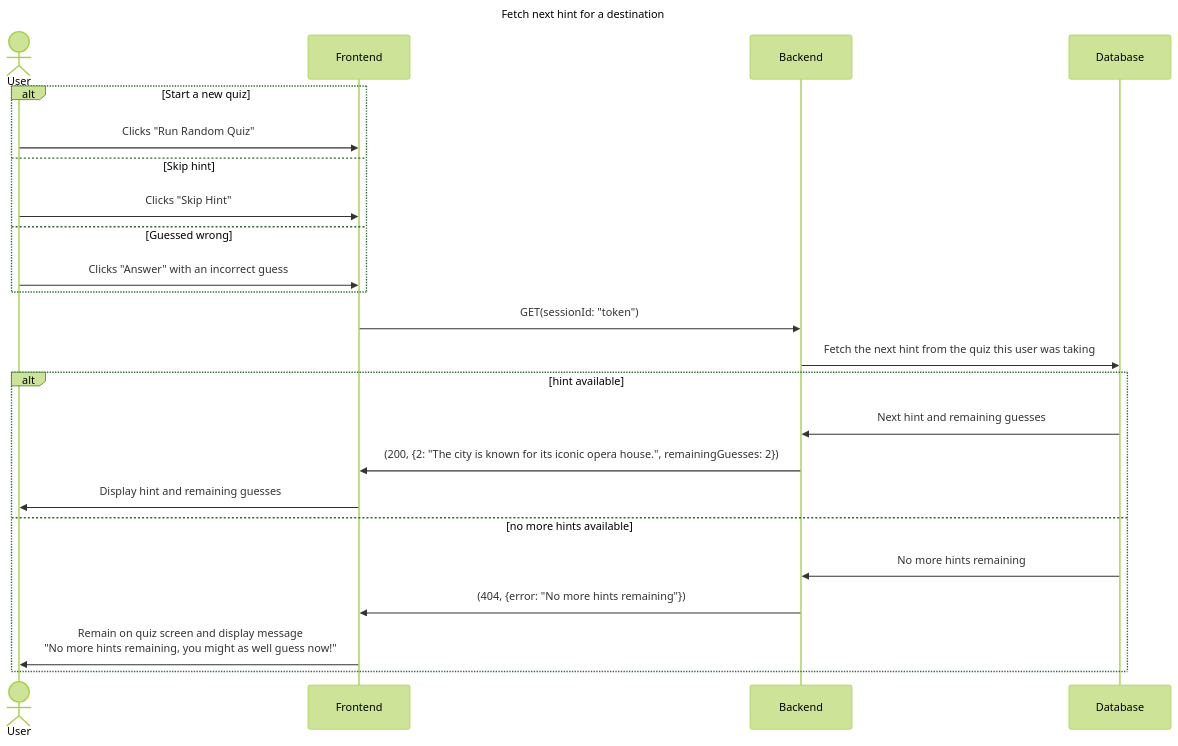
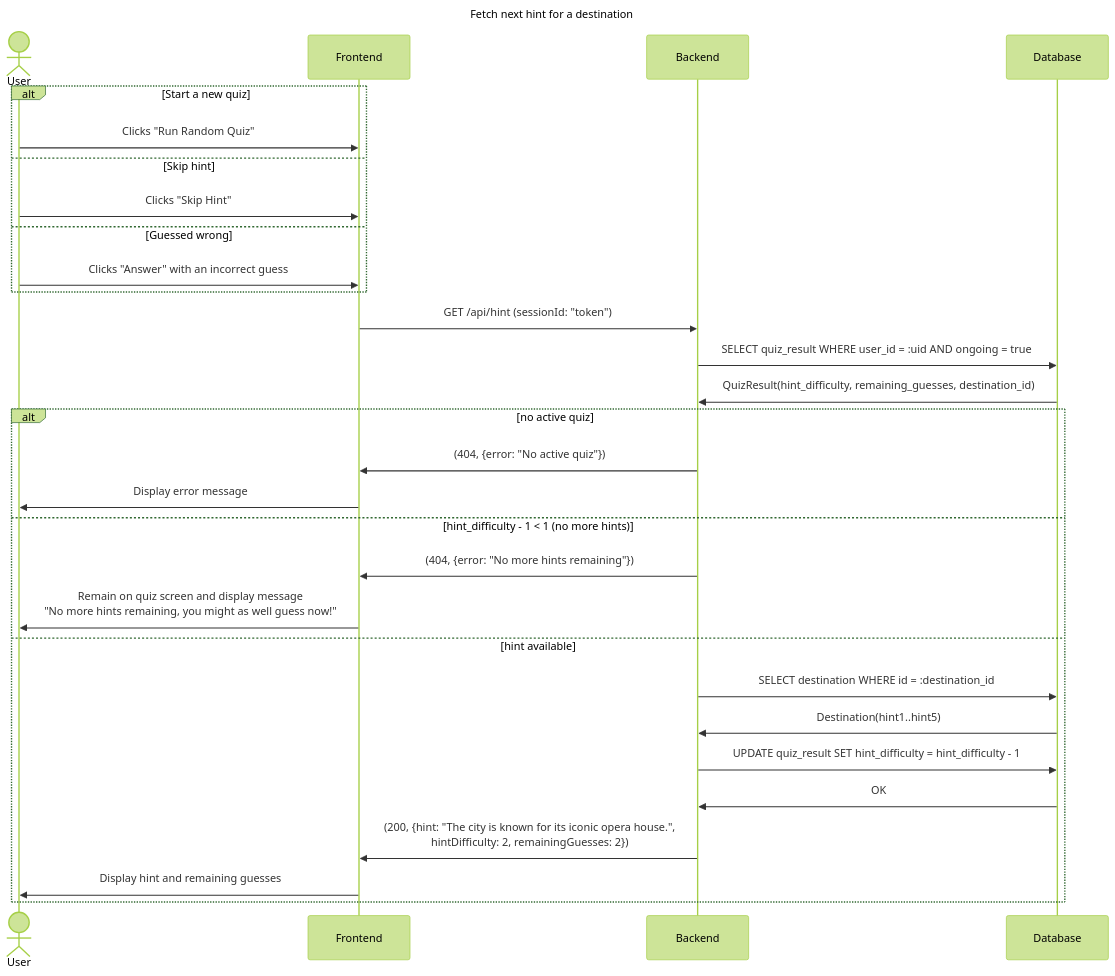
The diagram in docs/hint.md (fylke/travel-quizzer), drawn with Mermaid (forest theme) before and after one commit. The commit also changed 1 other file, not shown here.

Commit message:
Add detail to the database communication

````diff
--- a/docs/hint.md
+++ b/docs/hint.md
@@ -1,30 +1,37 @@
 ```mermaid
 sequenceDiagram
     title Fetch next hint for a destination
 
     actor User
     participant Frontend
     participant Backend
     participant Database
 
     alt Start a new quiz
         User->>Frontend: Clicks "Run Random Quiz"
     else Skip hint
         User->>Frontend: Clicks "Skip Hint"
     else Guessed wrong
         User->>Frontend: Clicks "Answer" with an incorrect guess
     end
 
-    Frontend->>Backend: GET(sessionId: "token")
-    Backend->>Database: Fetch the next hint from the quiz this user was taking
+    Frontend->>Backend: GET /api/hint (sessionId: "token")
 
-    alt hint available
-        Database->>Backend: Next hint and remaining guesses
-        Backend->>Frontend: (200, {2: "The city is known for its iconic opera house.", remainingGuesses: 2})
-        Frontend->>User: Display hint and remaining guesses
-    else no more hints available
-        Database->>Backend: No more hints remaining
+    Backend->>Database: SELECT quiz_result WHERE user_id = :uid AND ongoing = true
+    Database->>Backend: QuizResult(hint_difficulty, remaining_guesses, destination_id)
+
+    alt no active quiz
+        Backend->>Frontend: (404, {error: "No active quiz"})
+        Frontend->>User: Display error message
+    else hint_difficulty - 1 < 1 (no more hints)
         Backend->>Frontend: (404, {error: "No more hints remaining"})
         Frontend->>User: Remain on quiz screen and display message<br/>"No more hints remaining, you might as well guess now!"
+    else hint available
+        Backend->>Database: SELECT destination WHERE id = :destination_id
+        Database->>Backend: Destination(hint1..hint5)
+        Backend->>Database: UPDATE quiz_result SET hint_difficulty = hint_difficulty - 1
+        Database->>Backend: OK
+        Backend->>Frontend: (200, {hint: "The city is known for its iconic opera house.",<br/>hintDifficulty: 2, remainingGuesses: 2})
+        Frontend->>User: Display hint and remaining guesses
     end
 ```
````
